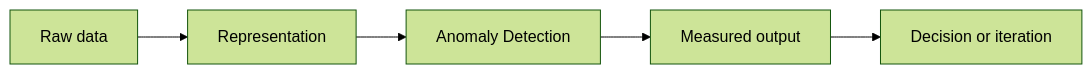
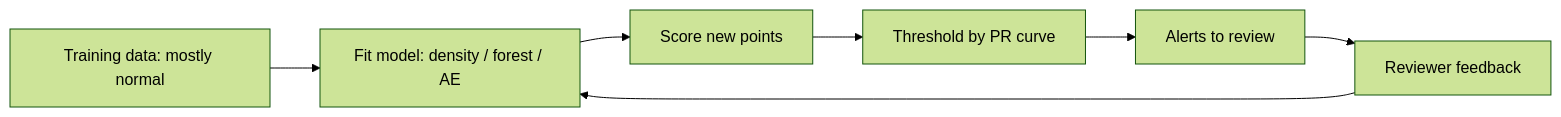
The diagram in classical-ml/14-anomaly-detection.md (Icon1cc/Machine-Learning), drawn with Mermaid (forest theme) before and after one commit. The commit also changed other lines of this file and 264 other files, not shown here.

````diff
--- a/classical-ml/14-anomaly-detection.md
+++ b/classical-ml/14-anomaly-detection.md
@@ -92,7 +198,9 @@
 ```mermaid
 flowchart LR
-    A[Raw data] --> B[Representation]
-    B --> C[Anomaly Detection]
-    C --> D[Measured output]
-    D --> E[Decision or iteration]
+    D[Training data: mostly normal] --> M[Fit model: density / forest / AE]
+    M --> S[Score new points]
+    S --> T[Threshold by PR curve]
+    T --> A[Alerts to review]
+    A --> R[Reviewer feedback]
+    R --> M
 ```
````
